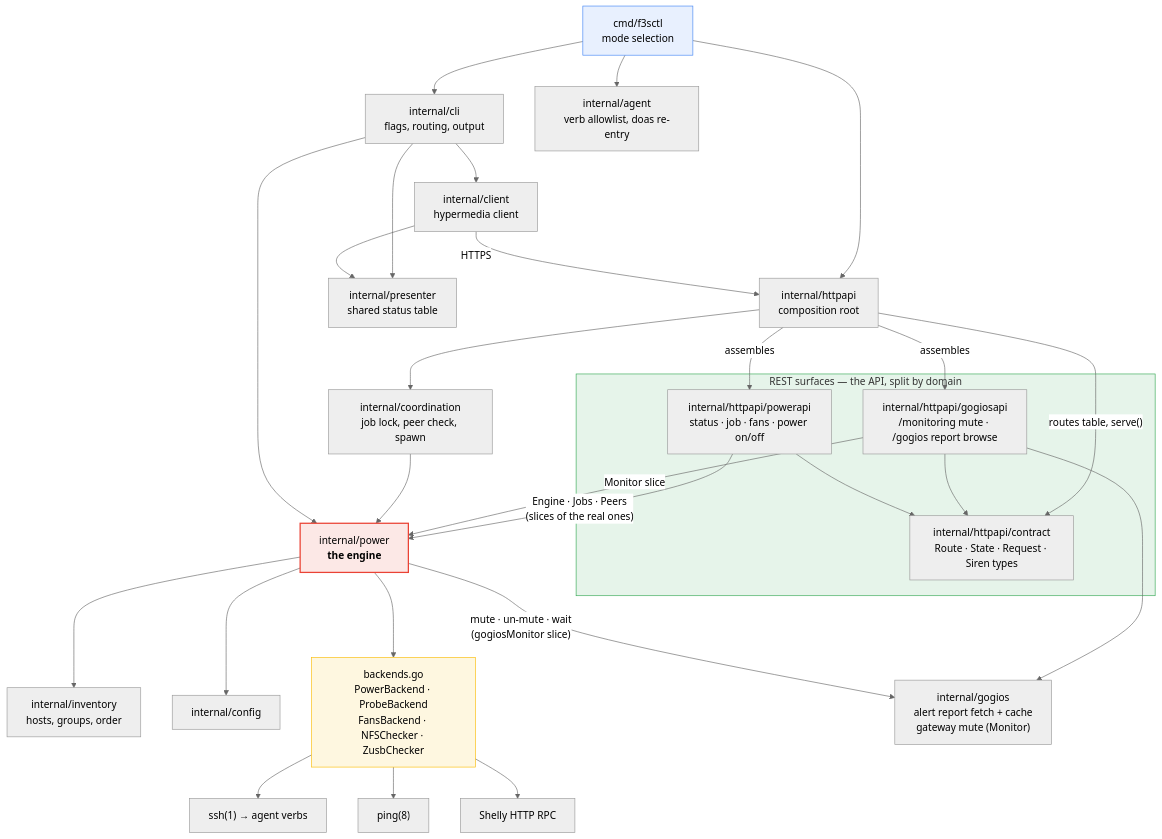
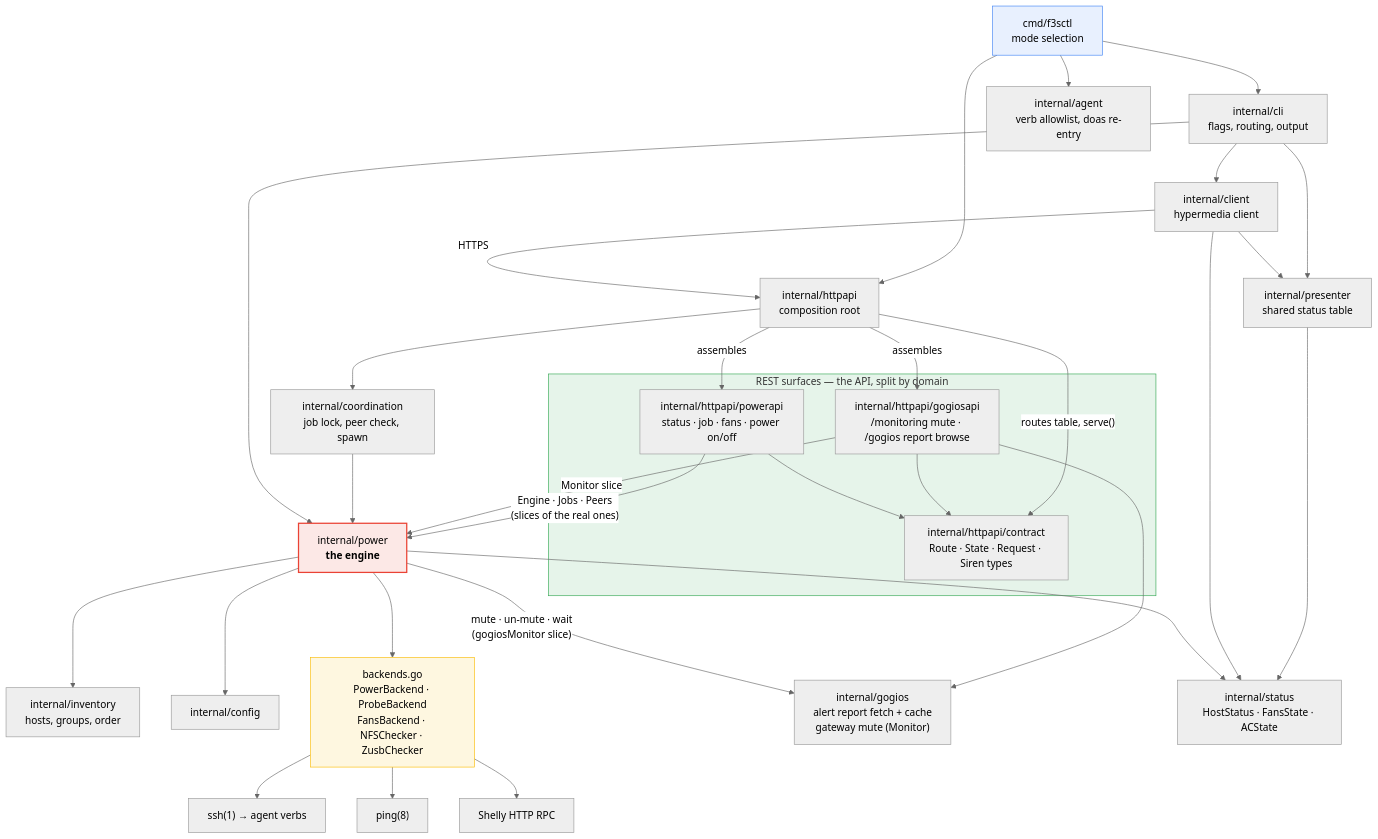
The second of 5 diagrams in docs/ARCHITECTURE.md (snonux/f3sctl), drawn with Mermaid (neutral theme) before and after one commit. The commit also changed other lines of this file and 10 other files, not shown here.

First line of the commit message:
status: move host/fans/AC status types out of the power engine (task 6b)

````diff
--- a/docs/ARCHITECTURE.md
+++ b/docs/ARCHITECTURE.md
@@ -61,44 +61,47 @@
 ```mermaid
 flowchart TD
     MAIN["cmd/f3sctl<br/>mode selection"]
 
     MAIN --> CLI["internal/cli<br/>flags, routing, output"]
     MAIN --> API["internal/httpapi<br/>composition root"]
     MAIN --> AGENT["internal/agent<br/>verb allowlist, doas re-entry"]
 
     subgraph SURFACES["REST surfaces — the API, split by domain"]
         CONTRACT["internal/httpapi/contract<br/>Route · State · Request · Siren types"]
         GOGIOSAPI["internal/httpapi/gogiosapi<br/>/monitoring mute · /gogios report browse"]
         POWERAPI["internal/httpapi/powerapi<br/>status · job · fans · power on/off"]
     end
 
     API -->|"routes table, serve()"| CONTRACT
     GOGIOSAPI --> CONTRACT
     POWERAPI --> CONTRACT
     API -->|"assembles"| GOGIOSAPI
     API -->|"assembles"| POWERAPI
 
     CLI --> CLIENT["internal/client<br/>hypermedia client"]
     CLIENT -->|HTTPS| API
     API --> COORD["internal/coordination<br/>job lock, peer check, spawn"]
     COORD --> POWER
     CLI --> POWER["internal/power<br/><b>the engine</b>"]
     POWERAPI -->|"Engine · Jobs · Peers<br/>(slices of the real ones)"| POWER
     GOGIOSAPI -->|"Monitor slice"| POWER
     POWER --> INV["internal/inventory<br/>hosts, groups, order"]
     POWER --> CFG["internal/config"]
     POWER --> BACK["backends.go<br/>PowerBackend · ProbeBackend<br/>FansBackend · NFSChecker · ZusbChecker"]
     BACK --> SSH["ssh(1) → agent verbs"]
     BACK --> PING["ping(8)"]
     BACK --> HTTP["Shelly HTTP RPC"]
     GOGIOSAPI --> REPORT["internal/gogios<br/>alert report fetch + cache<br/>gateway mute (Monitor)"]
     POWER -->|"mute · un-mute · wait<br/>(gogiosMonitor slice)"| REPORT
 
     CLI --> PRES["internal/presenter<br/>shared status table"]
     CLIENT --> PRES
+    PRES --> STATUS["internal/status<br/>HostStatus · FansState · ACState"]
+    CLIENT --> STATUS
+    POWER --> STATUS
 
     style POWER fill:#fce8e6,stroke:#ea4335,stroke-width:2px
     style BACK fill:#fef7e0,stroke:#fbbc04
     style SURFACES fill:#e6f4ea,stroke:#34a853
     style MAIN fill:#e8f0fe,stroke:#4285f4
 ```
````
